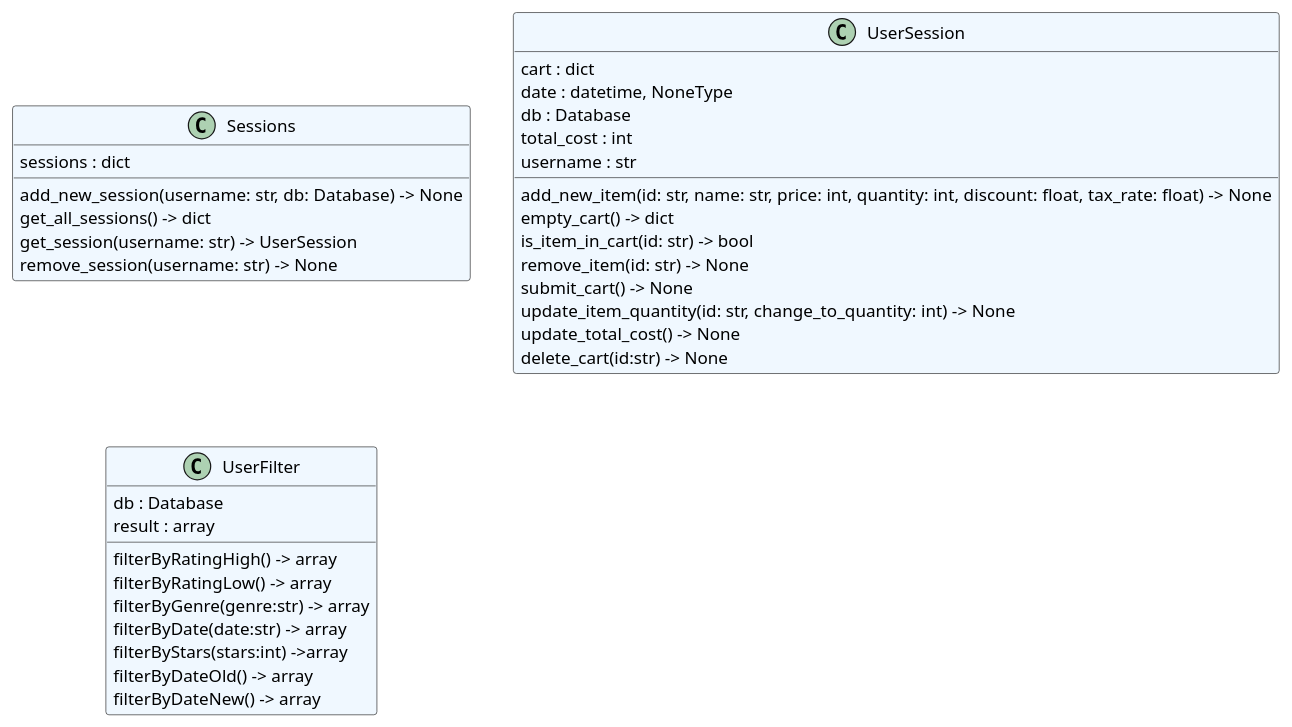
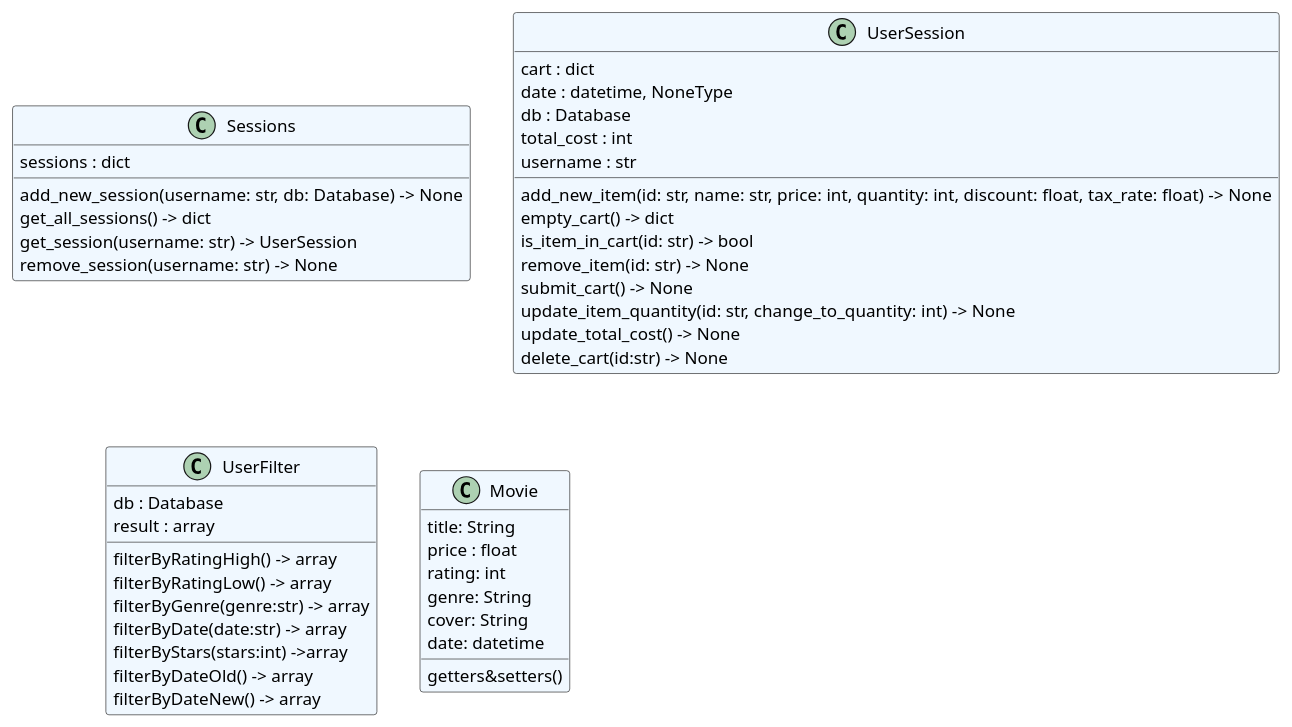
One commit to david-gary/onlineStoreTemplate changed the diagram in core/classes.puml. Above: the diagram before and after it, drawn with PlantUML. The commit also changed 5 other files, not shown here.

Commit message:
added diagrams for use cases

```diff
--- a/core/classes.puml
+++ b/core/classes.puml
@@ -1,38 +1,47 @@
 @startuml classes
 set namespaceSeparator none
 class "Sessions" as core.session.Sessions #aliceblue {
   sessions : dict
   add_new_session(username: str, db: Database) -> None
   get_all_sessions() -> dict
   get_session(username: str) -> UserSession
   remove_session(username: str) -> None
 }
 class "UserSession" as core.session.UserSession #aliceblue {
   cart : dict
   date : datetime, NoneType
   db : Database
   total_cost : int
   username : str
   add_new_item(id: str, name: str, price: int, quantity: int, discount: float, tax_rate: float) -> None
   empty_cart() -> dict
   is_item_in_cart(id: str) -> bool
   remove_item(id: str) -> None
   submit_cart() -> None
   update_item_quantity(id: str, change_to_quantity: int) -> None
   update_total_cost() -> None
   delete_cart(id:str) -> None
   
 }
 class "UserFilter" as core.session.UserFilter #aliceblue{
   db : Database
   result : array
   filterByRatingHigh() -> array
   filterByRatingLow() -> array
   filterByGenre(genre:str) -> array
   filterByDate(date:str) -> array
   filterByStars(stars:int) ->array
   filterByDateOld() -> array
   filterByDateNew() -> array
 }
+class "Movie" as core #aliceblue{
+   title: String
+   price : float
+   rating: int
+   genre: String
+   cover: String
+   date: datetime
+   getters&setters()
+}
 
 @enduml
```
